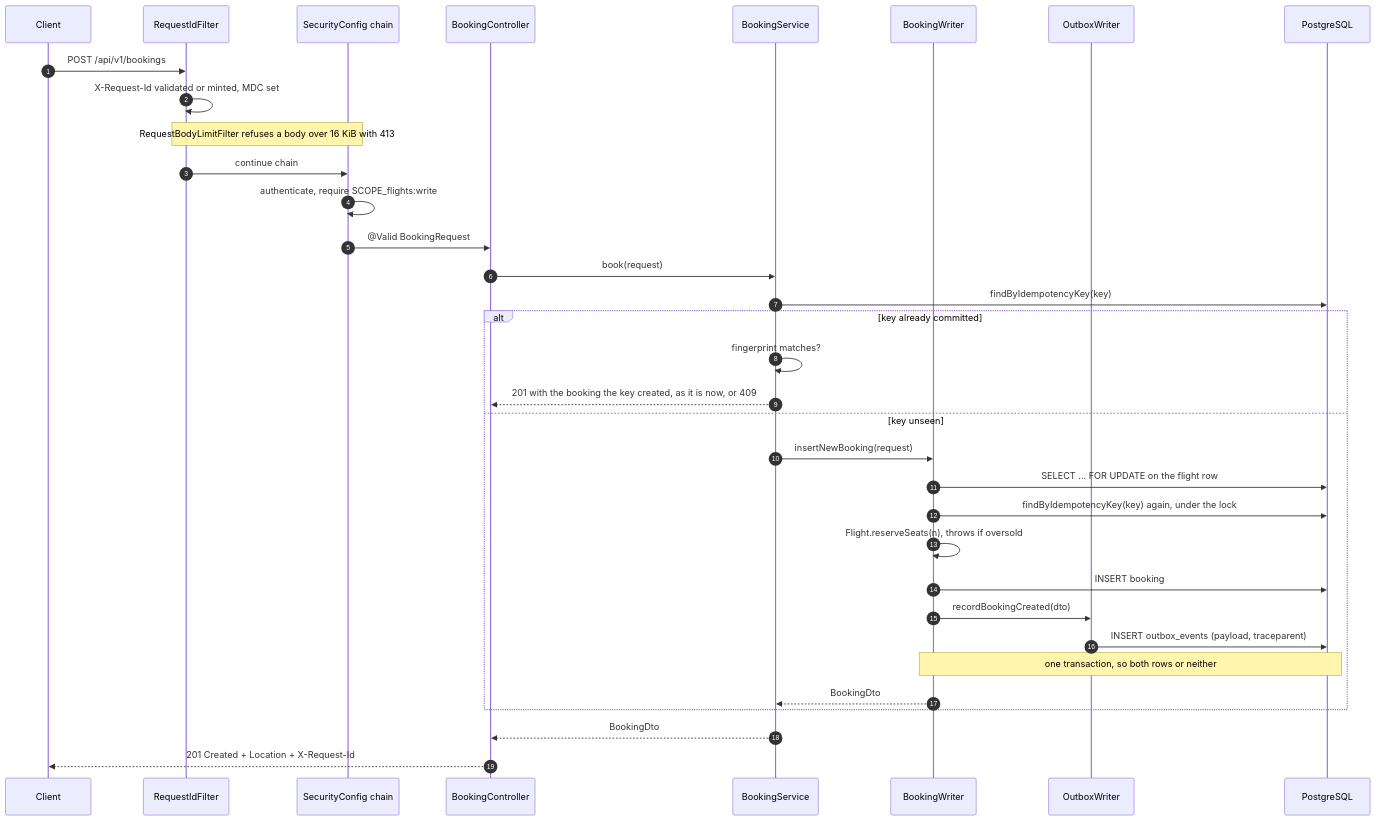
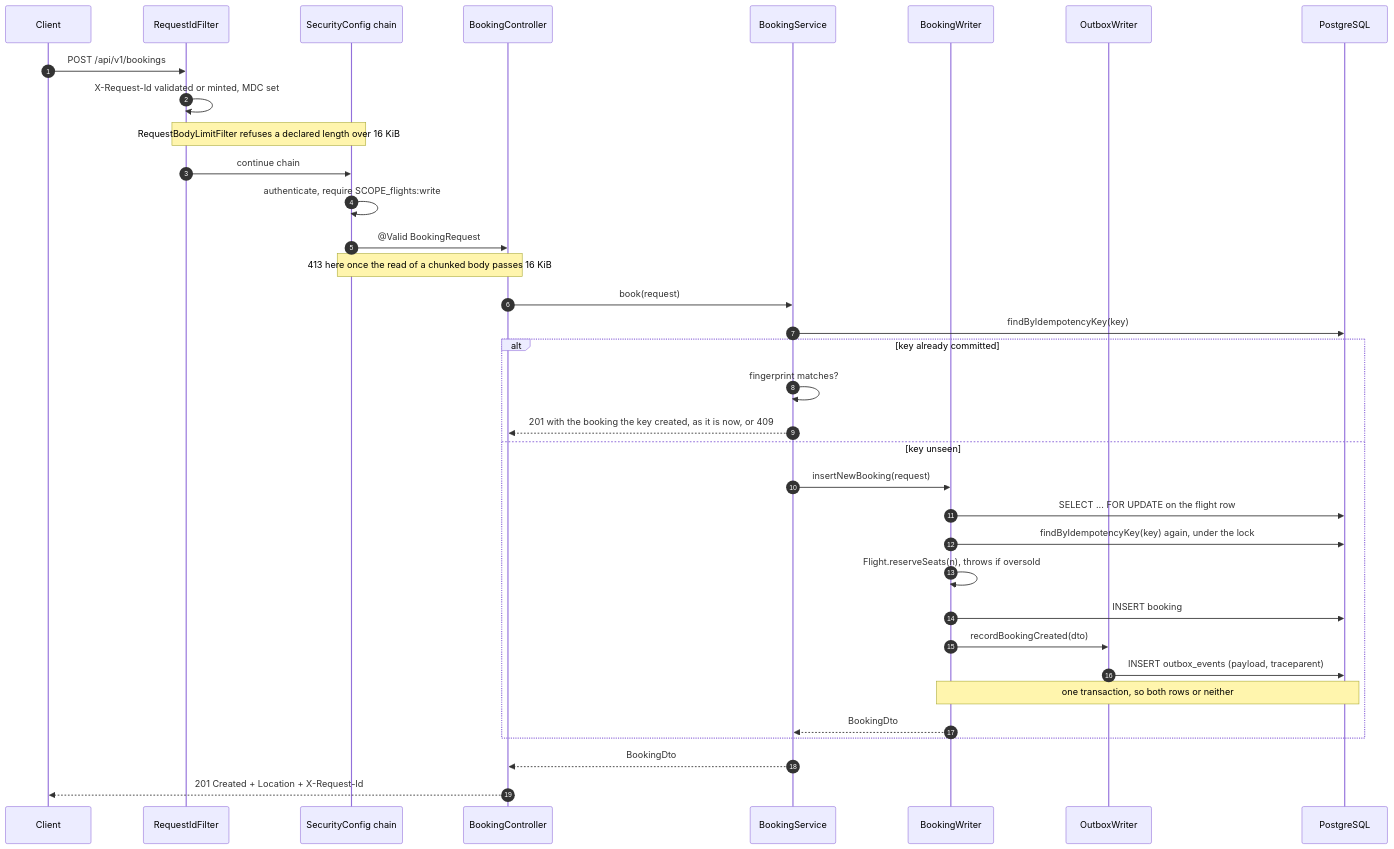
Before and after one commit to smit-lakhani-13/flight-ops-services: the second of 7 diagrams in doc/ARCHITECTURE.md, drawn with Mermaid. The commit also changed other lines of this file and 22 other files, not shown here.

````diff
--- a/doc/ARCHITECTURE.md
+++ b/doc/ARCHITECTURE.md
@@ -105,37 +108,38 @@
 ```mermaid
 sequenceDiagram
     autonumber
     participant C as Client
     participant F as RequestIdFilter
     participant S as SecurityConfig chain
     participant Ctl as BookingController
     participant Svc as BookingService
     participant W as BookingWriter
     participant OW as OutboxWriter
     participant DB as PostgreSQL
 
     C->>F: POST /api/v1/bookings
     F->>F: X-Request-Id validated or minted, MDC set
-    Note over F,S: RequestBodyLimitFilter refuses a body over 16 KiB with 413
+    Note over F,S: RequestBodyLimitFilter refuses a declared length over 16 KiB
     F->>S: continue chain
     S->>S: authenticate, require SCOPE_flights:write
     S->>Ctl: @Valid BookingRequest
+    Note over S,Ctl: 413 here once the read of a chunked body passes 16 KiB
     Ctl->>Svc: book(request)
     Svc->>DB: findByIdempotencyKey(key)
     alt key already committed
         Svc->>Svc: fingerprint matches?
         Svc-->>Ctl: 201 with the booking the key created, as it is now, or 409
     else key unseen
         Svc->>W: insertNewBooking(request)
         W->>DB: SELECT ... FOR UPDATE on the flight row
         W->>DB: findByIdempotencyKey(key) again, under the lock
         W->>W: Flight.reserveSeats(n), throws if oversold
         W->>DB: INSERT booking
         W->>OW: recordBookingCreated(dto)
         OW->>DB: INSERT outbox_events (payload, traceparent)
         Note over W,DB: one transaction, so both rows or neither
         W-->>Svc: BookingDto
     end
     Svc-->>Ctl: BookingDto
     Ctl-->>C: 201 Created + Location + X-Request-Id
 ```
````
